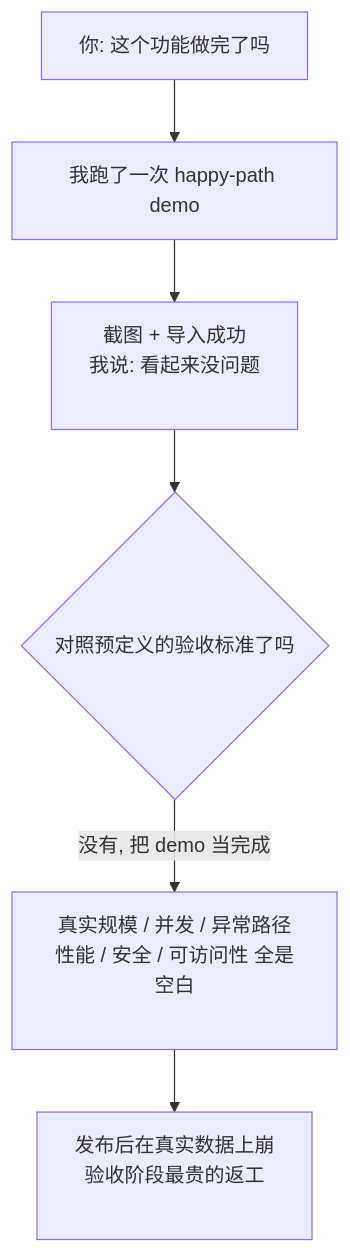
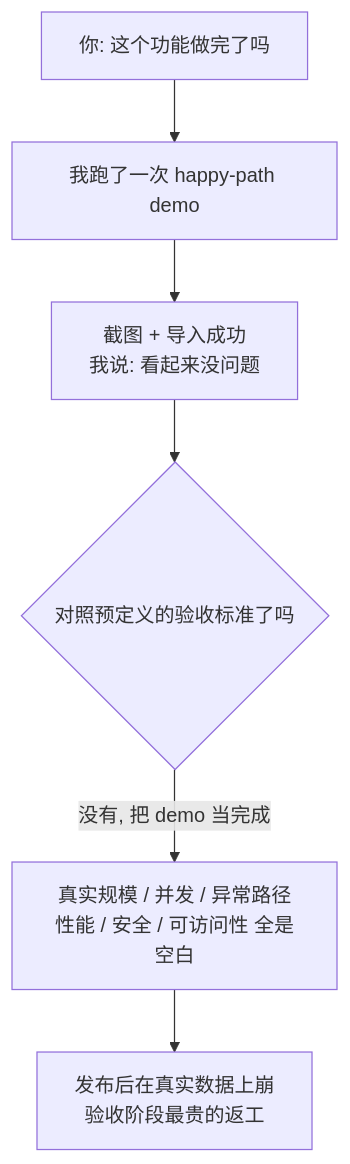
The diagram in docs/07-acceptance-release/demo-works-ship-it.mdx (XuebinMa/AIWiki), drawn with Mermaid before and after one commit. The commit also changed 99 other files, not shown here.

First line of the commit message:
fix(mermaid): 全局根治节点文字裁切（htmlLabels:false + 清理 br/nbsp 占位）(#26)

````diff
--- a/docs/07-acceptance-release/demo-works-ship-it.mdx
+++ b/docs/07-acceptance-release/demo-works-ship-it.mdx
@@ -39,8 +39,8 @@
 ```mermaid
 flowchart TD
     A[你: 这个功能做完了吗] --> B[我跑了一次 happy-path demo]
-    B --> C[截图 + 导入成功<br/>我说: 看起来没问题<br/>&nbsp;]
+    B --> C[截图 + 导入成功<br/>我说: 看起来没问题]
     C --> D{对照预定义的验收标准了吗}
-    D -->|没有, 把 demo 当完成| E[真实规模 / 并发 / 异常路径<br/>性能 / 安全 / 可访问性 全是空白<br/>&nbsp;]
-    E --> F[发布后在真实数据上崩<br/>验收阶段最贵的返工<br/>&nbsp;]
+    D -->|没有, 把 demo 当完成| E[真实规模 / 并发 / 异常路径<br/>性能 / 安全 / 可访问性 全是空白]
+    E --> F[发布后在真实数据上崩<br/>验收阶段最贵的返工]
 ```
````
